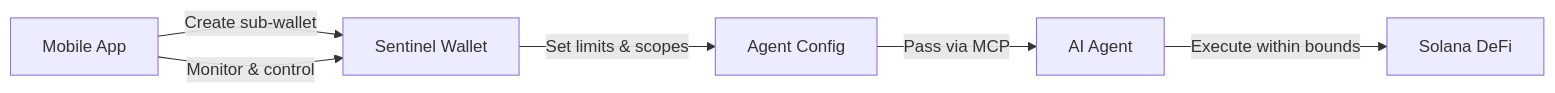
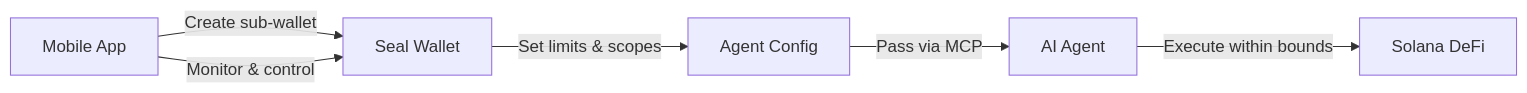
The second of 2 diagrams in docs/integrations/mcp.md (Immadominion/sentinel), drawn with Mermaid before and after one commit. The commit also changed other lines of this file and 176 other files, not shown here.

Commit message:
REVAMP/ change name from Sentinel to Seal

````diff
--- a/docs/integrations/mcp.md
+++ b/docs/integrations/mcp.md
@@ -191,8 +191,8 @@
 ```mermaid
 graph LR
-    A[Mobile App] -->|Create sub-wallet| B[Sentinel Wallet]
+    A[Mobile App] -->|Create sub-wallet| B[Seal Wallet]
     B -->|Set limits & scopes| C[Agent Config]
     C -->|Pass via MCP| D[AI Agent]
     D -->|Execute within bounds| E[Solana DeFi]
     A -->|Monitor & control| B
 ```
````
